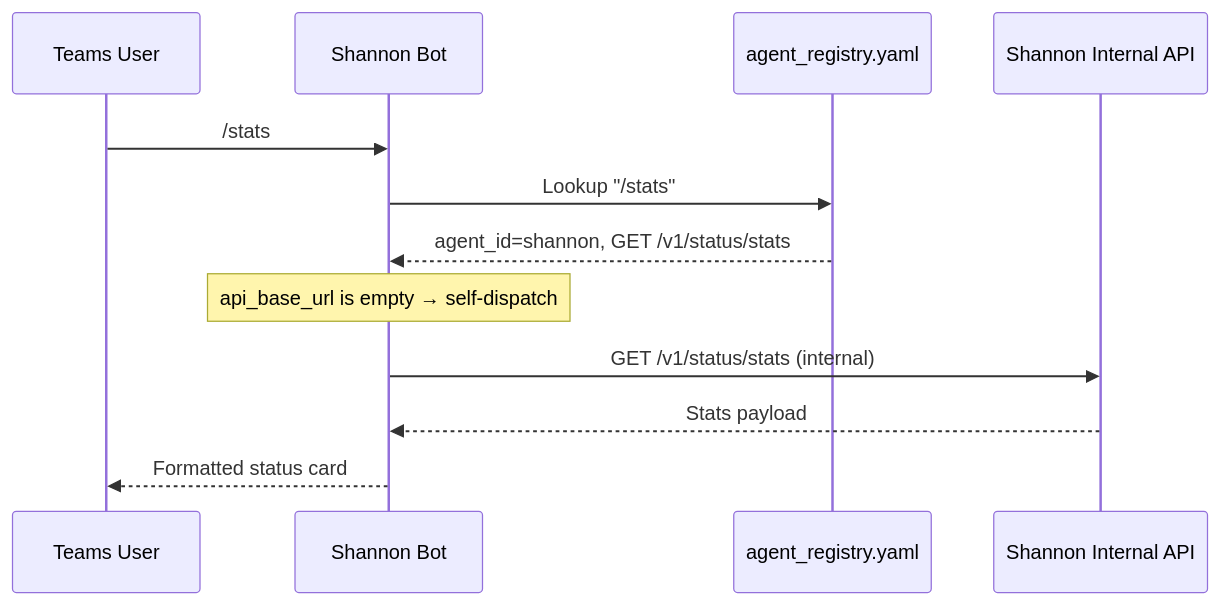
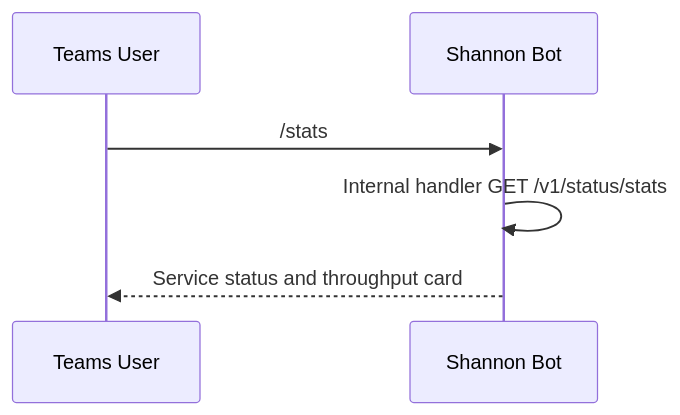
The fourth of 4 diagrams in docs/config-shannon.md (jmac-cornelis/agent-workforce), drawn with Mermaid before and after one commit. The commit also changed other lines of this file and 7 other files, not shown here.

````diff
--- a/docs/config-shannon.md
+++ b/docs/config-shannon.md
@@ -113,15 +122,9 @@
 ```mermaid
 sequenceDiagram
     participant User as Teams User
     participant Shannon as Shannon Bot
-    participant Registry as agent_registry.yaml
-    participant ShannonAPI as Shannon Internal API
 
     User->>Shannon: /stats
-    Shannon->>Registry: Lookup "/stats"
-    Registry-->>Shannon: agent_id=shannon, GET /v1/status/stats
-    Note over Shannon: api_base_url is empty → self-dispatch
-    Shannon->>ShannonAPI: GET /v1/status/stats (internal)
-    ShannonAPI-->>Shannon: Stats payload
-    Shannon-->>User: Formatted status card
+    Shannon->>Shannon: Internal handler GET /v1/status/stats
+    Shannon-->>User: Service status and throughput card
 ```
````
